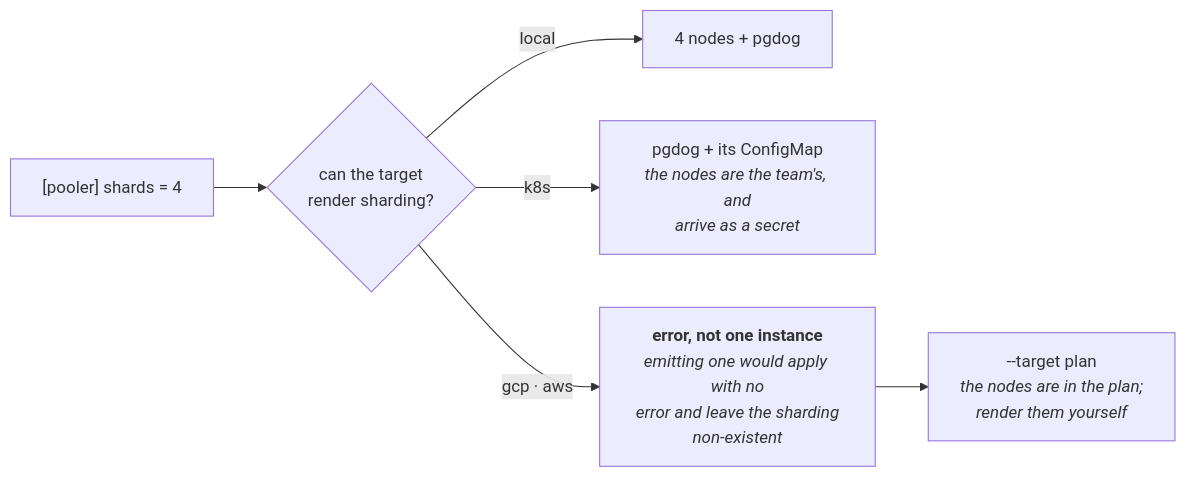
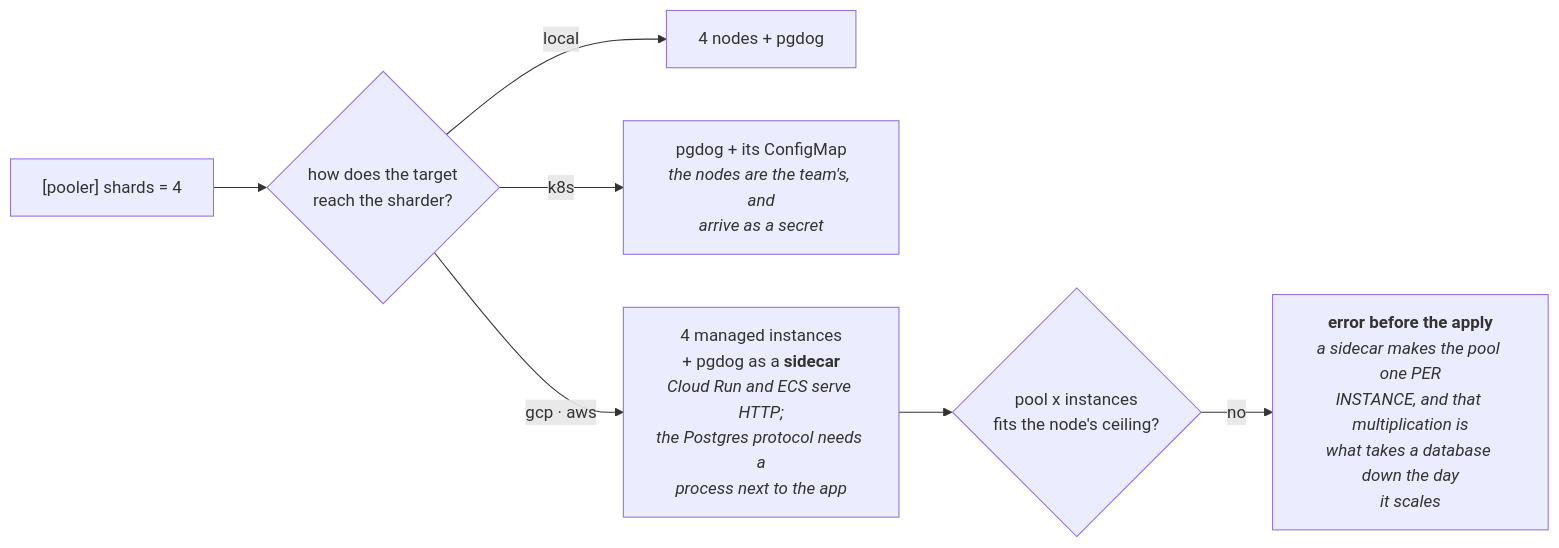
Before and after one commit to Andrew-Tellez/axon: the fifth of 8 diagrams in docs/src/architecture.md, drawn with Mermaid. The commit also changed other lines of this file and 3 other files, not shown here.

````diff
--- a/docs/src/architecture.md
+++ b/docs/src/architecture.md
@@ -179,8 +181,9 @@
 ```mermaid
 flowchart LR
-  D["[pooler] shards = 4"] --> R{"can the target<br/>render sharding?"}
+  D["[pooler] shards = 4"] --> R{"how does the target<br/>reach the sharder?"}
   R -->|local| Y["4 nodes + pgdog"]
   R -->|k8s| K["pgdog + its ConfigMap<br/><i>the nodes are the team's, and<br/>arrive as a secret</i>"]
-  R -->|"gcp · aws"| N["<b>error, not one instance</b><br/><i>emitting one would apply with no<br/>error and leave the sharding<br/>non-existent</i>"]
-  N --> ESC["--target plan<br/><i>the nodes are in the plan;<br/>render them yourself</i>"]
+  R -->|"gcp · aws"| S["4 managed instances<br/>+ pgdog as a <b>sidecar</b><br/><i>Cloud Run and ECS serve HTTP;<br/>the Postgres protocol needs a<br/>process next to the app</i>"]
+  S --> A{"pool x instances<br/>fits the node's ceiling?"}
+  A -->|no| N["<b>error before the apply</b><br/><i>a sidecar makes the pool one PER<br/>INSTANCE, and that multiplication is<br/>what takes a database down the day<br/>it scales</i>"]
 ```
````
